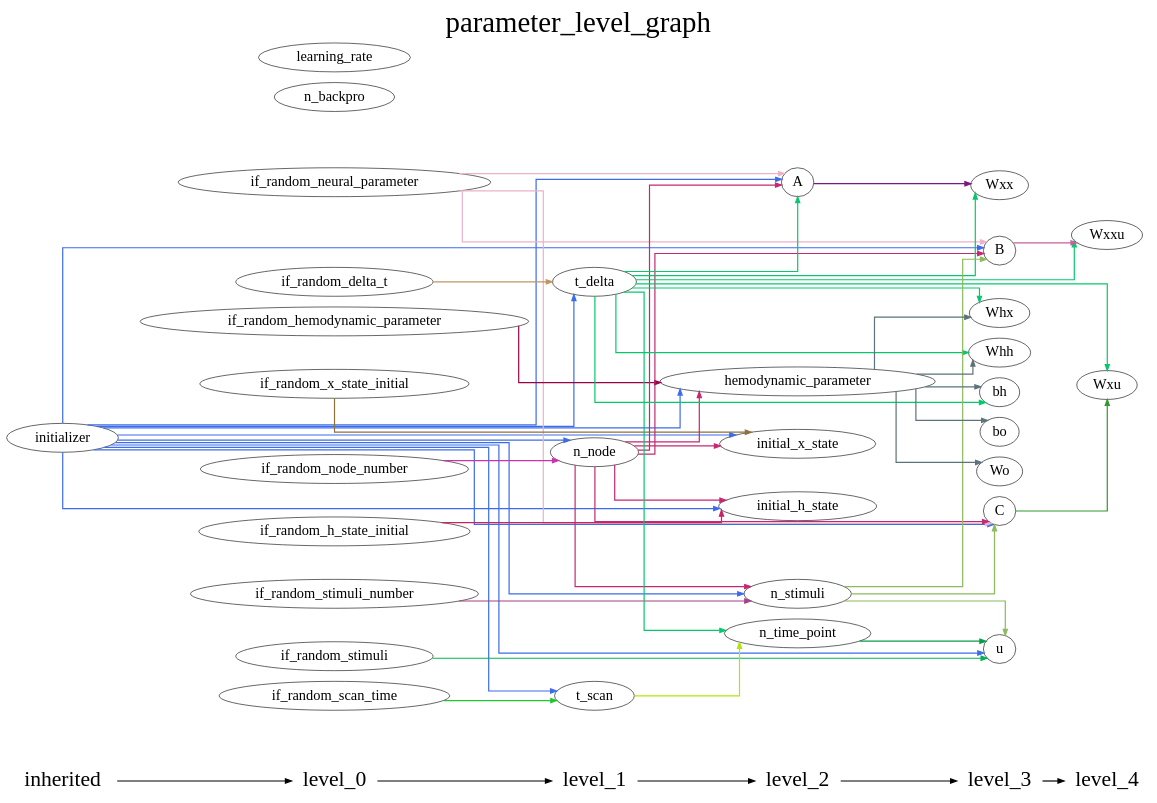
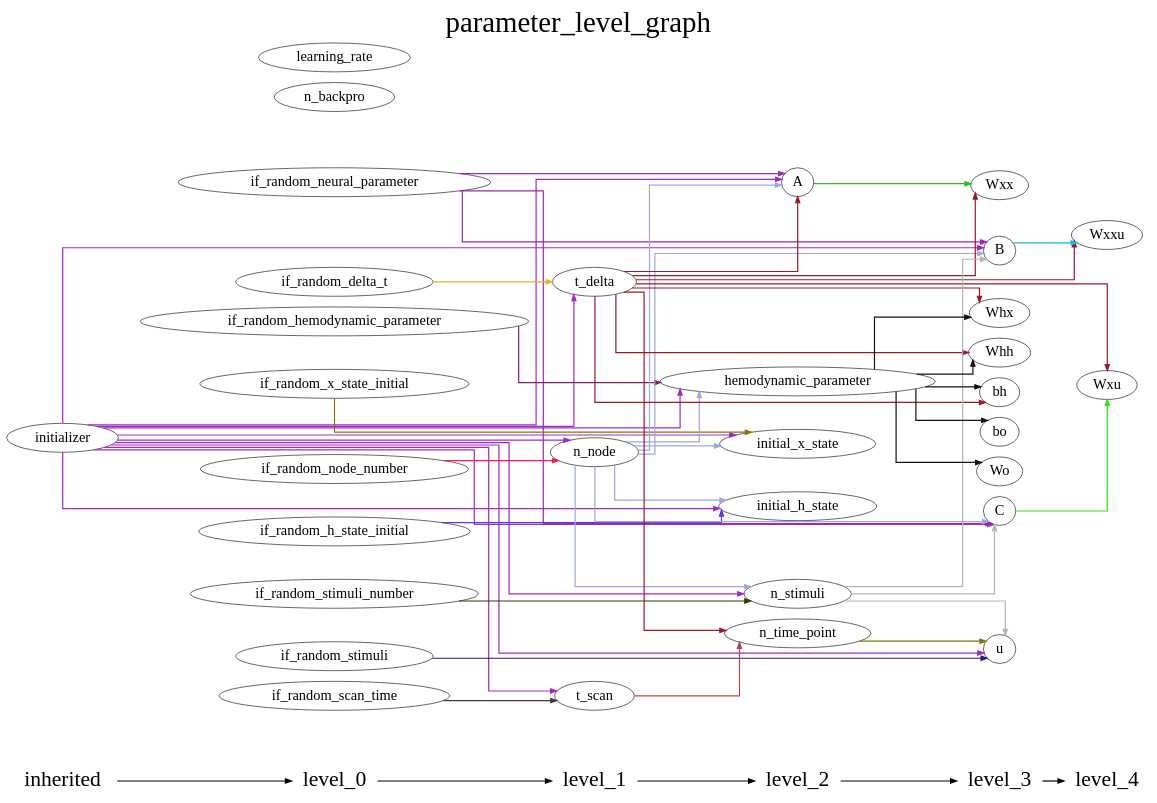
Before and after one commit to YuanWangOnward/DCM_RNN: the diagram in DCM_RNN/documents/parameter_level_graph.gv, drawn with Graphviz. The commit also changed 4 other files, not shown here.

```diff
--- a/DCM_RNN/documents/parameter_level_graph.gv
+++ b/DCM_RNN/documents/parameter_level_graph.gv
@@ -1,131 +1,131 @@
 digraph G {
           splines=ortho;
           fontsize = 48;
           rankdir = "LR";
           node[fontsize=24];
           edge[penwidth=2];
           {
           node [shape=plaintext fontsize=36];
           inherited -> 
           level_0 -> 
           level_1 -> 
           level_2 -> 
           level_3 -> 
           level_4
           }
           {rank = same;
           inherited;
           initializer;
           }
           {rank = same;
           level_0;
           if_random_neural_parameter;
           if_random_hemodynamic_parameter;
           if_random_x_state_initial;
           if_random_h_state_initial;
           if_random_stimuli;
           if_random_node_number;
           if_random_stimuli_number;
           if_random_delta_t;
           if_random_scan_time;
           n_backpro;
           learning_rate;
           }
           {rank = same;
           level_1;
           n_node;
           t_delta;
           t_scan;
           }
           {rank = same;
           level_2;
           n_time_point;
           n_stimuli;
           A;
           hemodynamic_parameter;
           initial_x_state;
           initial_h_state;
           }
           {rank = same;
           level_3;
           u;
           B;
           C;
           Wxx;
           Whx;
           Whh;
           bh;
           Wo;
           bo;
           }
           {rank = same;
           level_4;
           Wxxu;
           Wxu;
           }
+          C -> Wxu [color="#1EEE05"];
+          bo ;
+          if_random_hemodynamic_parameter -> hemodynamic_parameter [color="#881E68"];
+          if_random_stimuli_number -> n_stimuli [color="#36390C"];
+          n_node -> C [color="#9BA9E0"];
+          n_node -> n_stimuli [color="#9BA9E0"];
+          n_node -> initial_x_state [color="#9BA9E0"];
+          n_node -> B [color="#9BA9E0"];
+          n_node -> A [color="#9BA9E0"];
+          n_node -> initial_h_state [color="#9BA9E0"];
+          n_node -> hemodynamic_parameter [color="#9BA9E0"];
           Wxx ;
-          if_random_x_state_initial -> initial_x_state [color="#8E723B"];
+          if_random_x_state_initial -> initial_x_state [color="#8B7305"];
+          A -> Wxx [color="#26C41C"];
+          n_stimuli -> C [color="#B1B7B3"];
+          n_stimuli -> B [color="#B1B7B3"];
+          n_stimuli -> u [color="#B1B7B3"];
+          initial_x_state ;
+          t_scan -> n_time_point [color="#B5454B"];
+          if_random_stimuli -> u [color="#2C1874"];
+          if_random_node_number -> n_node [color="#EB2357"];
+          if_random_neural_parameter -> C [color="#9B2AAC"];
+          if_random_neural_parameter -> B [color="#9B2AAC"];
+          if_random_neural_parameter -> A [color="#9B2AAC"];
+          t_delta -> Whh [color="#9A192B"];
+          t_delta -> Wxxu [color="#9A192B"];
+          t_delta -> Whx [color="#9A192B"];
+          t_delta -> n_time_point [color="#9A192B"];
+          t_delta -> A [color="#9A192B"];
+          t_delta -> bh [color="#9A192B"];
+          t_delta -> Wxx [color="#9A192B"];
+          t_delta -> Wxu [color="#9A192B"];
+          n_backpro ;
+          Wxxu ;
+          Whx ;
+          B -> Wxxu [color="#17B9E1"];
+          n_time_point -> u [color="#74751B"];
+          if_random_scan_time -> t_scan [color="#453840"];
+          u ;
+          bh ;
+          Whh ;
           initial_h_state ;
-          bo ;
-          initializer -> initial_h_state [color="#3C6CEC"];
-          initializer -> t_delta [color="#3C6CEC"];
-          initializer -> C [color="#3C6CEC"];
-          initializer -> u [color="#3C6CEC"];
-          initializer -> initial_x_state [color="#3C6CEC"];
-          initializer -> B [color="#3C6CEC"];
-          initializer -> n_stimuli [color="#3C6CEC"];
-          initializer -> t_scan [color="#3C6CEC"];
-          initializer -> hemodynamic_parameter [color="#3C6CEC"];
-          initializer -> A [color="#3C6CEC"];
-          initializer -> n_node [color="#3C6CEC"];
-          if_random_hemodynamic_parameter -> hemodynamic_parameter [color="#950547"];
+          if_random_delta_t -> t_delta [color="#E5B223"];
           Wxu ;
-          bh ;
-          n_backpro ;
-          t_delta -> Wxx [color="#07C76E"];
-          t_delta -> Wxu [color="#07C76E"];
-          t_delta -> bh [color="#07C76E"];
-          t_delta -> Whx [color="#07C76E"];
-          t_delta -> Whh [color="#07C76E"];
-          t_delta -> Wxxu [color="#07C76E"];
-          t_delta -> n_time_point [color="#07C76E"];
-          t_delta -> A [color="#07C76E"];
           learning_rate ;
-          Whx ;
-          Whh ;
-          if_random_neural_parameter -> C [color="#ECB2C6"];
-          if_random_neural_parameter -> B [color="#ECB2C6"];
-          if_random_neural_parameter -> A [color="#ECB2C6"];
-          Wxxu ;
-          C -> Wxu [color="#359730"];
-          if_random_stimuli -> u [color="#04B156"];
-          if_random_h_state_initial -> initial_h_state [color="#CA2361"];
+          hemodynamic_parameter -> bo [color="#131112"];
+          hemodynamic_parameter -> Whh [color="#131112"];
+          hemodynamic_parameter -> Whx [color="#131112"];
+          hemodynamic_parameter -> bh [color="#131112"];
+          hemodynamic_parameter -> Wo [color="#131112"];
+          initializer -> C [color="#A12AC3"];
+          initializer -> t_scan [color="#A12AC3"];
+          initializer -> n_node [color="#A12AC3"];
+          initializer -> n_stimuli [color="#A12AC3"];
+          initializer -> initial_x_state [color="#A12AC3"];
+          initializer -> t_delta [color="#A12AC3"];
+          initializer -> B [color="#A12AC3"];
+          initializer -> A [color="#A12AC3"];
+          initializer -> u [color="#A12AC3"];
+          initializer -> initial_h_state [color="#A12AC3"];
+          initializer -> hemodynamic_parameter [color="#A12AC3"];
+          if_random_h_state_initial -> initial_h_state [color="#543CE1"];
           Wo ;
-          if_random_stimuli_number -> n_stimuli [color="#A64088"];
-          if_random_node_number -> n_node [color="#CC32A9"];
-          u ;
-          if_random_scan_time -> t_scan [color="#20C633"];
-          initial_x_state ;
-          if_random_delta_t -> t_delta [color="#C39364"];
-          B -> Wxxu [color="#C3619C"];
-          n_stimuli -> C [color="#8CBA5E"];
-          n_stimuli -> u [color="#8CBA5E"];
-          n_stimuli -> B [color="#8CBA5E"];
-          t_scan -> n_time_point [color="#B3E508"];
-          n_time_point -> u [color="#0B9B49"];
-          hemodynamic_parameter -> bo [color="#5C737A"];
-          hemodynamic_parameter -> bh [color="#5C737A"];
-          hemodynamic_parameter -> Whx [color="#5C737A"];
-          hemodynamic_parameter -> Whh [color="#5C737A"];
-          hemodynamic_parameter -> Wo [color="#5C737A"];
-          A -> Wxx [color="#781B7E"];
-          n_node -> initial_h_state [color="#C32972"];
-          n_node -> C [color="#C32972"];
-          n_node -> initial_x_state [color="#C32972"];
-          n_node -> B [color="#C32972"];
-          n_node -> n_stimuli [color="#C32972"];
-          n_node -> hemodynamic_parameter [color="#C32972"];
-          n_node -> A [color="#C32972"];
           labelloc = "t";
           label = "parameter_level_graph";
 }
```
